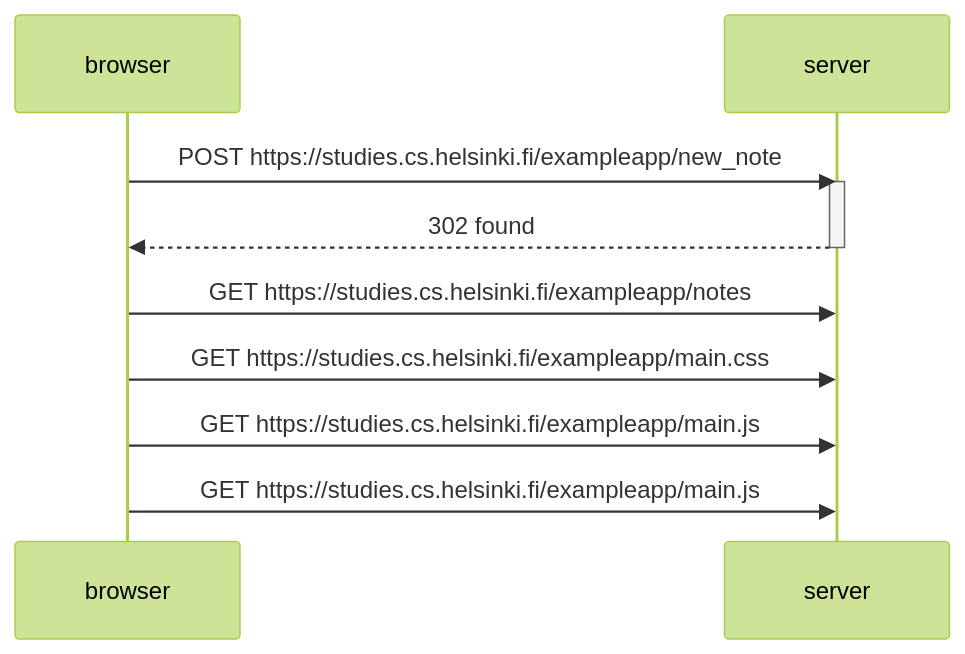
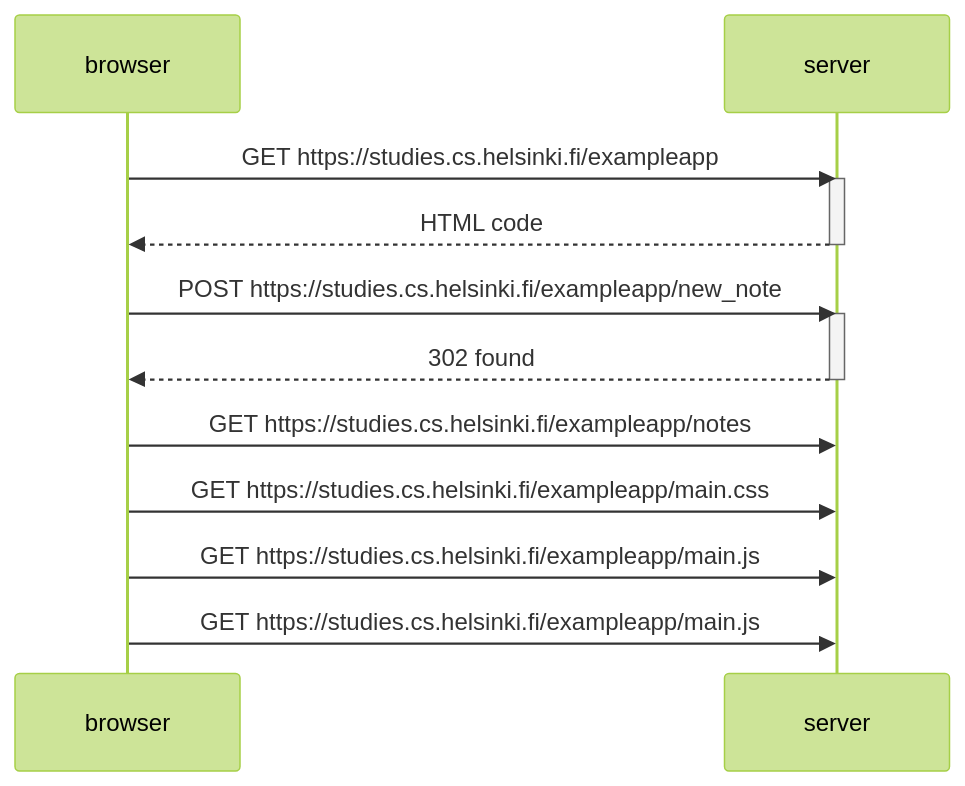
The diagram in part0/04.md (cameron-cruse/fullstackopen), drawn with Mermaid (forest theme) before and after one commit.

Commit message:
finish diagram

````diff
--- a/part0/04.md
+++ b/part0/04.md
@@ -1,19 +1,25 @@
 ```mermaid
 sequenceDiagram
 participant browser
 participant server
+
+    browser->>server: GET https://studies.cs.helsinki.fi/exampleapp
+    activate server
+    server-->>browser: HTML code
+    deactivate server
+
 
     browser->>server: POST https://studies.cs.helsinki.fi/exampleapp/new_note
     activate server
     server-->>browser: 302 found
     deactivate server
 
     browser->>server: GET https://studies.cs.helsinki.fi/exampleapp/notes
 
     browser->>server: GET https://studies.cs.helsinki.fi/exampleapp/main.css
 
     browser->>server: GET https://studies.cs.helsinki.fi/exampleapp/main.js
 
     browser->>server: GET https://studies.cs.helsinki.fi/exampleapp/main.js
 
 ```
````
